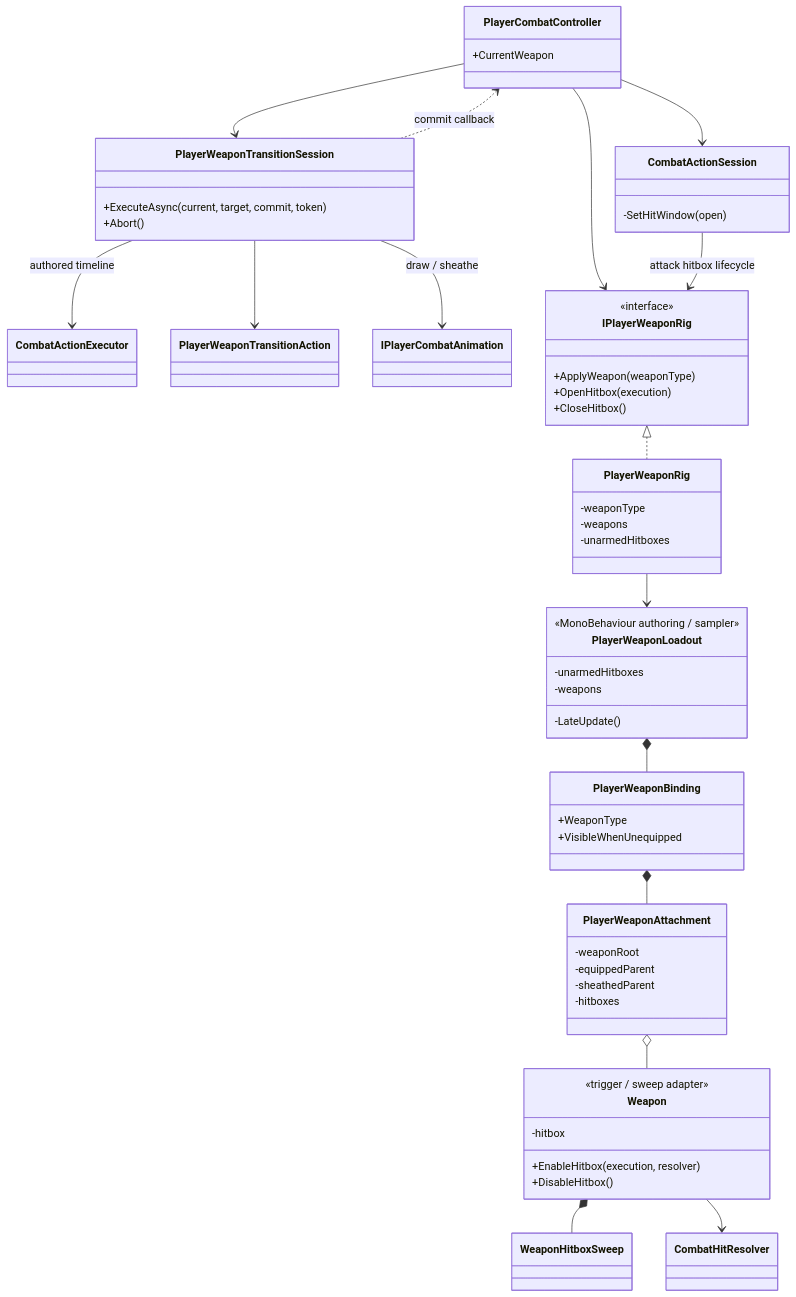
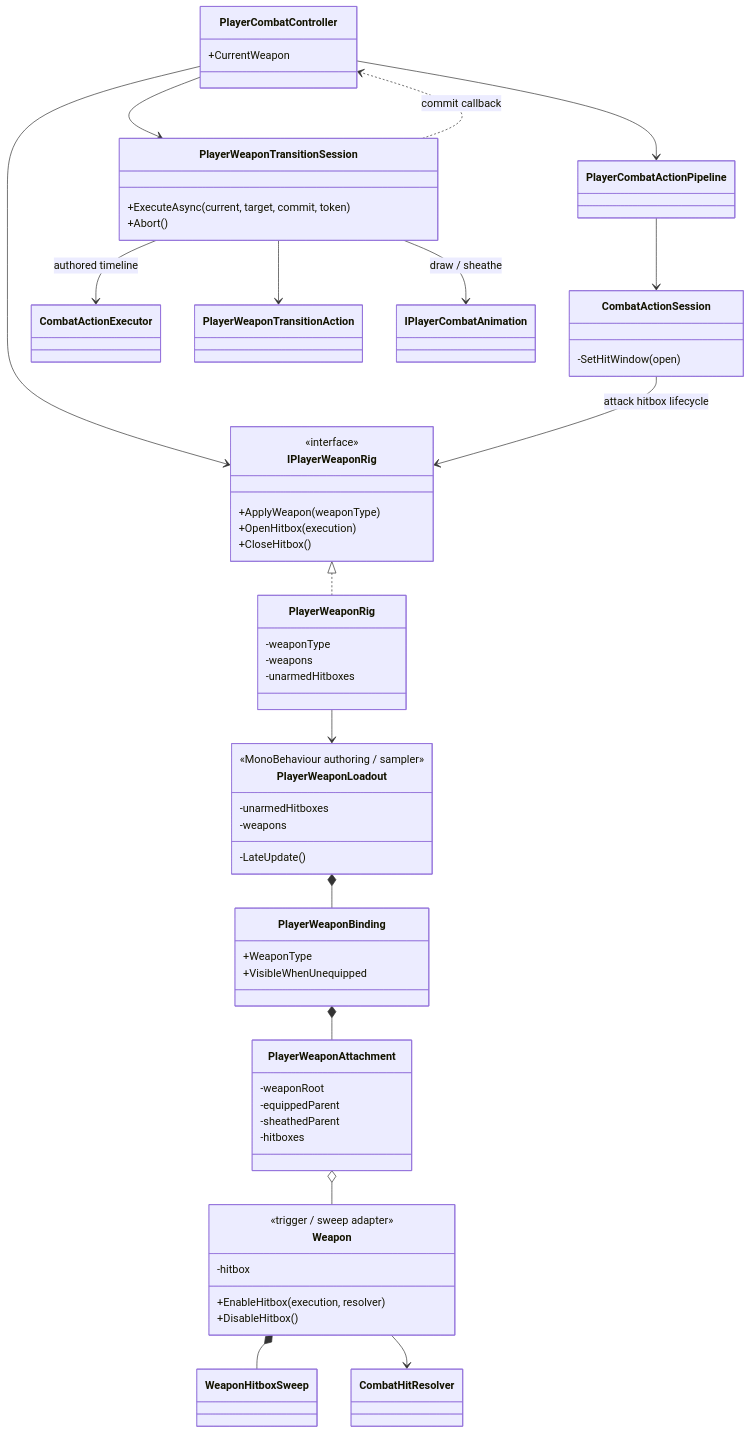
The diagram in Docs/Architecture/Combat.WeaponLoadout.md (MaximFonariuc/project-s), drawn with Mermaid before and after one commit. The commit also changed 13 other files, not shown here.

Commit message:
refactor(combat): extract action execution pipeline

````diff
--- a/Docs/Architecture/Combat.WeaponLoadout.md
+++ b/Docs/Architecture/Combat.WeaponLoadout.md
@@ -21,67 +21,69 @@
 ```mermaid
 classDiagram
     class PlayerCombatController {
         +CurrentWeapon
     }
+    class PlayerCombatActionPipeline
     class CombatActionSession {
         -SetHitWindow(open)
     }
     class PlayerWeaponTransitionSession {
         +ExecuteAsync(current, target, commit, token)
         +Abort()
     }
     class CombatActionExecutor
     class PlayerWeaponTransitionAction
     class IPlayerCombatAnimation
     class IPlayerWeaponRig {
         <<interface>>
         +ApplyWeapon(weaponType)
         +OpenHitbox(execution)
         +CloseHitbox()
     }
     class PlayerWeaponRig {
         -weaponType
         -weapons
         -unarmedHitboxes
     }
     class PlayerWeaponLoadout {
         <<MonoBehaviour authoring / sampler>>
         -unarmedHitboxes
         -weapons
         -LateUpdate()
     }
     class PlayerWeaponBinding {
         +WeaponType
         +VisibleWhenUnequipped
     }
     class PlayerWeaponAttachment {
         -weaponRoot
         -equippedParent
         -sheathedParent
         -hitboxes
     }
     class Weapon {
         <<trigger / sweep adapter>>
         -hitbox
         +EnableHitbox(execution, resolver)
         +DisableHitbox()
     }
     class WeaponHitboxSweep
     class CombatHitResolver
 
     PlayerCombatController --> IPlayerWeaponRig
-    PlayerCombatController --> CombatActionSession
+    PlayerCombatController --> PlayerCombatActionPipeline
+    PlayerCombatActionPipeline --> CombatActionSession
     PlayerCombatController --> PlayerWeaponTransitionSession
     CombatActionSession --> IPlayerWeaponRig : attack hitbox lifecycle
     PlayerWeaponTransitionSession --> CombatActionExecutor : authored timeline
     PlayerWeaponTransitionSession --> PlayerWeaponTransitionAction
     PlayerWeaponTransitionSession --> IPlayerCombatAnimation : draw / sheathe
     PlayerWeaponTransitionSession ..> PlayerCombatController : commit callback
     IPlayerWeaponRig <|.. PlayerWeaponRig
     PlayerWeaponRig --> PlayerWeaponLoadout
     PlayerWeaponLoadout *-- PlayerWeaponBinding
     PlayerWeaponBinding *-- PlayerWeaponAttachment
     PlayerWeaponAttachment o-- Weapon
     Weapon *-- WeaponHitboxSweep
     Weapon --> CombatHitResolver
 ```
````
